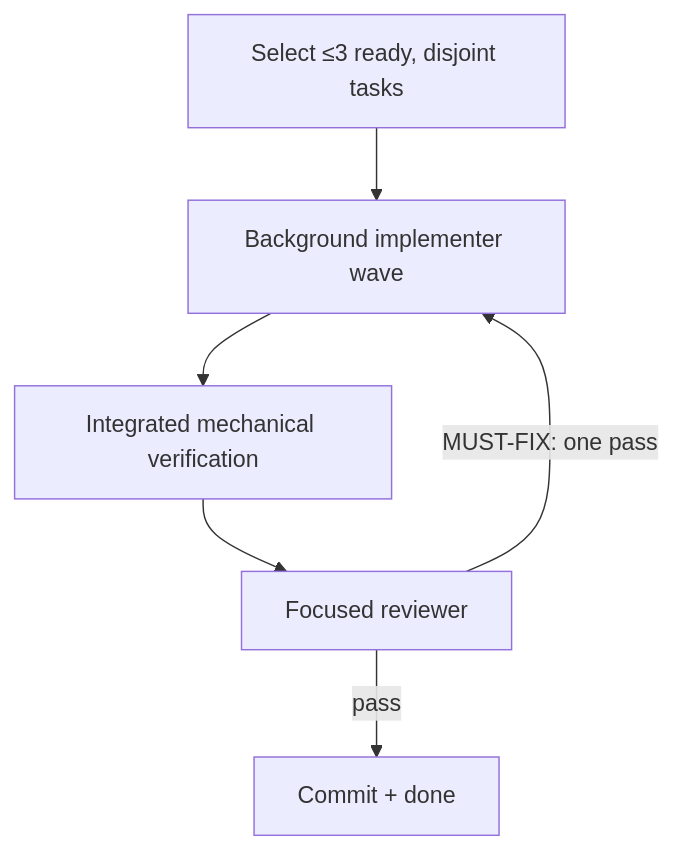
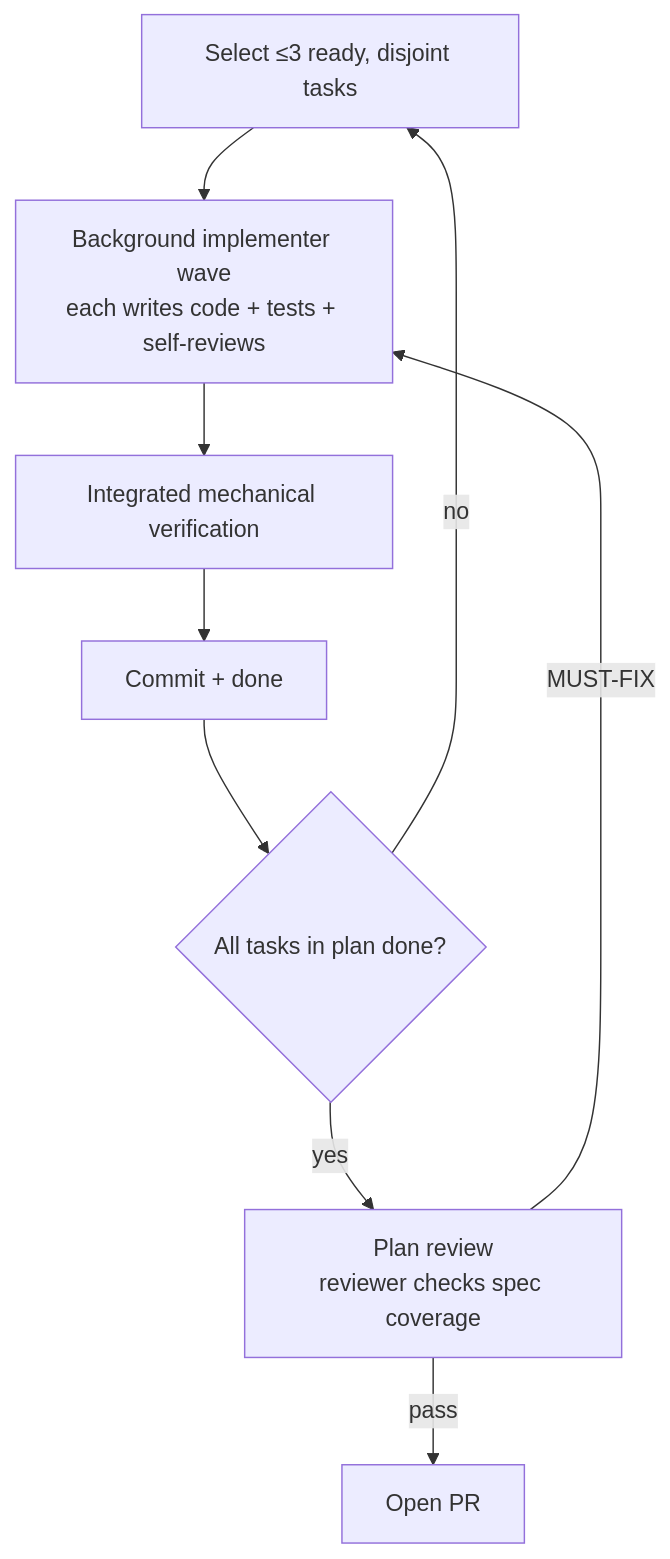
One commit to bperin/project-context changed the third of 3 diagrams in src/workflows/overview.md. Above: the diagram before and after it, drawn with Mermaid. The commit also changed other lines of this file and 9 other files, not shown here.

First line of the commit message:
feat: specialized reviews, self-reviewing implementers, plan review

````diff
--- a/src/workflows/overview.md
+++ b/src/workflows/overview.md
@@ -41,8 +41,11 @@
 ```mermaid
 flowchart TD
-    CTX["Select ≤3 ready, disjoint tasks"] --> P["Background implementer wave"]
+    CTX["Select ≤3 ready, disjoint tasks"] --> P["Background implementer wave<br/>each writes code + tests + self-reviews"]
     P --> V["Integrated mechanical verification"]
-    V --> CR["Focused reviewer"]
-    CR -->|"MUST-FIX: one pass"| P
-    CR -->|pass| COM["Commit + done"]
+    V --> COM["Commit + done"]
+    COM --> ALLDONE{"All tasks in plan done?"}
+    ALLDONE -->|no| CTX
+    ALLDONE -->|yes| PLANREV["Plan review<br/>reviewer checks spec coverage"]
+    PLANREV -->|MUST-FIX| P
+    PLANREV -->|pass| PR["Open PR"]
 ```
````
